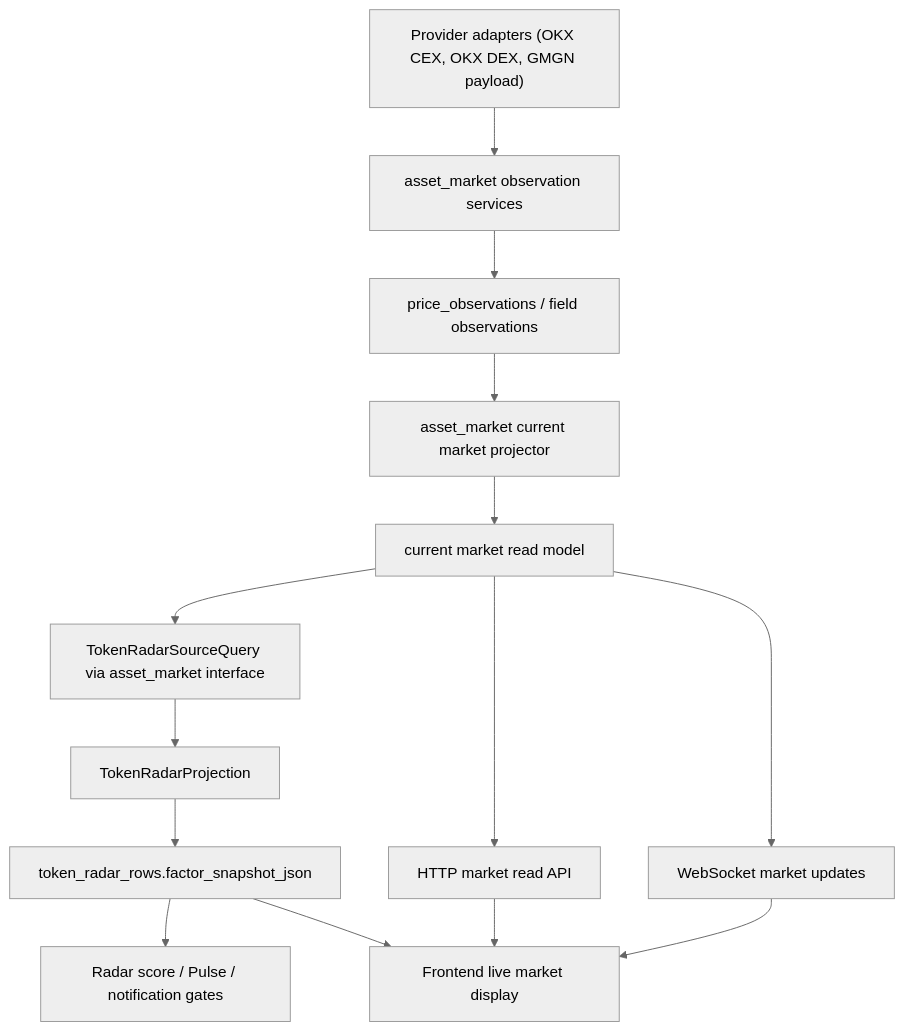
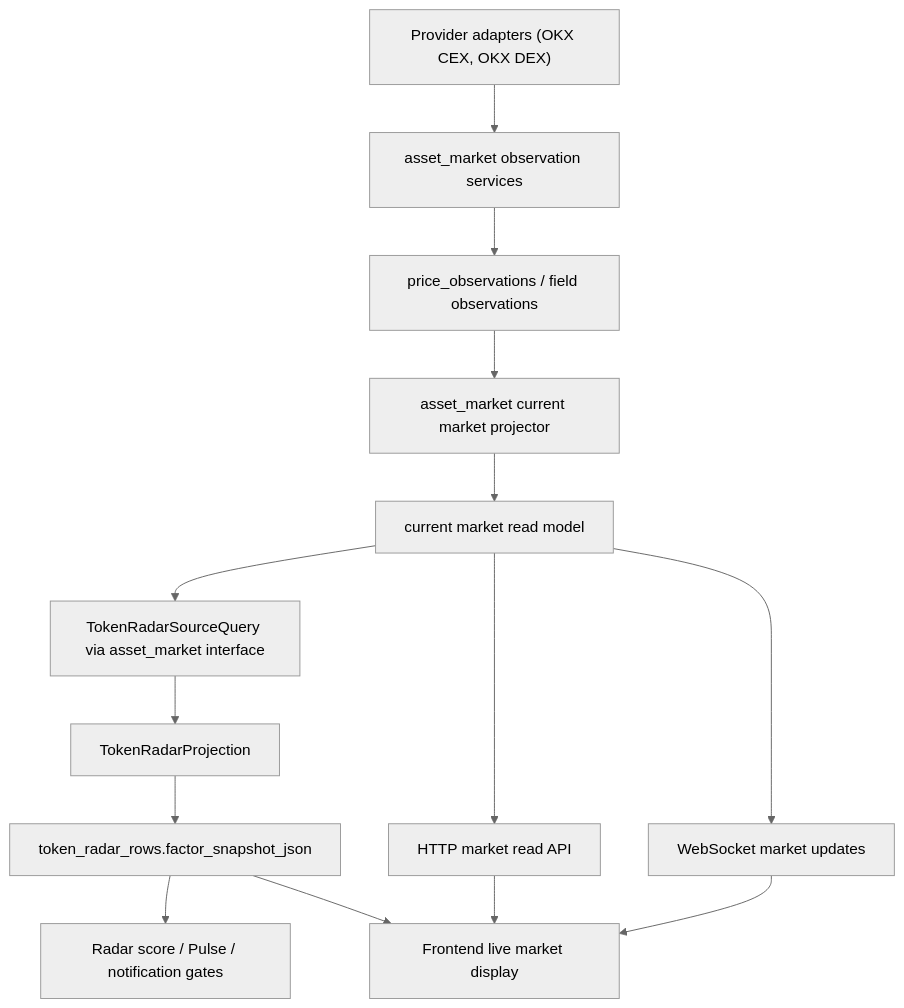
Before and after one commit to AnalyThothAI/parallax: the diagram in docs/superpowers/specs/active/2026-05-11-token-radar-market-boundary-hard-cut-cn.md, drawn with Mermaid (neutral theme). The commit also changed other lines of this file and 29 other files, not shown here.

Commit message:
refactor: hard cut gmgn payload market writes

````diff
--- a/docs/superpowers/specs/active/2026-05-11-token-radar-market-boundary-hard-cut-cn.md
+++ b/docs/superpowers/specs/active/2026-05-11-token-radar-market-boundary-hard-cut-cn.md
@@ -93,16 +93,16 @@
 ```mermaid
 flowchart TD
-  A["Provider adapters (OKX CEX, OKX DEX, GMGN payload)"] --> B["asset_market observation services"]
+  A["Provider adapters (OKX CEX, OKX DEX)"] --> B["asset_market observation services"]
   B --> C["price_observations / field observations"]
   C --> D["asset_market current market projector"]
   D --> E["current market read model"]
   E --> F["TokenRadarSourceQuery via asset_market interface"]
   F --> G["TokenRadarProjection"]
   G --> H["token_radar_rows.factor_snapshot_json"]
   H --> I["Radar score / Pulse / notification gates"]
   E --> J["HTTP market read API"]
   E --> K["WebSocket market updates"]
   J --> L["Frontend live market display"]
   K --> L
   H --> L
 ```
````
